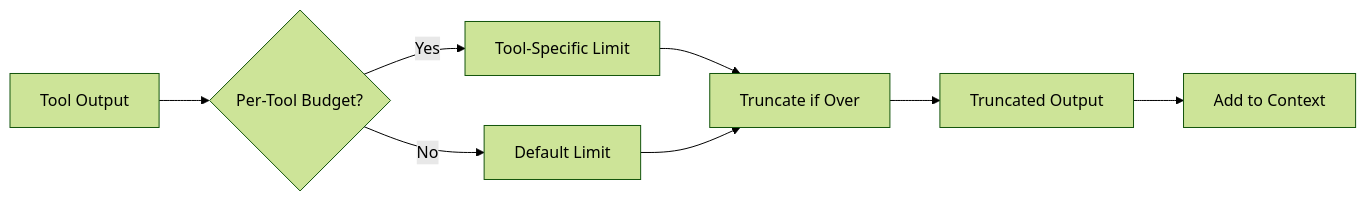
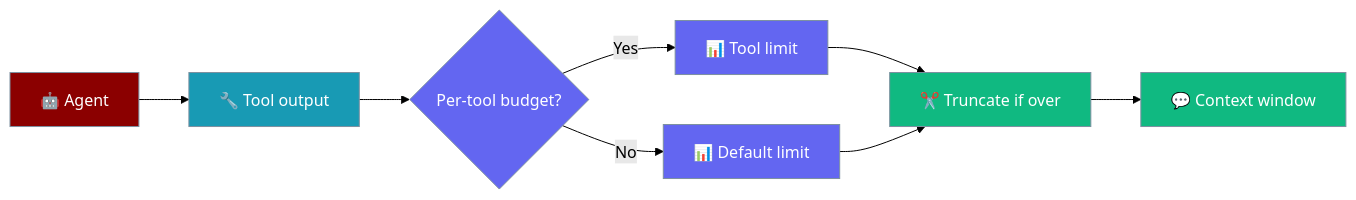
One commit to MervinPraison/PraisonAIDocs changed the first of 2 diagrams in docs/features/context-per-tool-budgets.mdx. Above: the diagram before and after it, drawn with Mermaid (forest theme). The commit also changed other lines of this file and 3 other files, not shown here.

````diff
--- a/docs/features/context-per-tool-budgets.mdx
+++ b/docs/features/context-per-tool-budgets.mdx
@@ -27,10 +9,20 @@
 ```mermaid
 graph LR
-    A[Tool Output] --> B{Per-Tool Budget?}
-    B -->|Yes| C[Tool-Specific Limit]
-    B -->|No| D[Default Limit]
-    C --> E[Truncate if Over]
-    D --> E
-    E --> F[Truncated Output]
-    F --> G[Add to Context]
+    Agent[🤖 Agent] --> Tool[🔧 Tool output]
+    Tool --> Budget{Per-tool budget?}
+    Budget -->|Yes| Limit[📊 Tool limit]
+    Budget -->|No| Default[📊 Default limit]
+    Limit --> Trunc[✂️ Truncate if over]
+    Default --> Trunc
+    Trunc --> Context[💬 Context window]
+
+    classDef agent fill:#8B0000,stroke:#7C90A0,color:#fff
+    classDef tool fill:#189AB4,stroke:#7C90A0,color:#fff
+    classDef config fill:#6366F1,stroke:#7C90A0,color:#fff
+    classDef ok fill:#10B981,stroke:#7C90A0,color:#fff
+
+    class Agent agent
+    class Tool tool
+    class Budget,Limit,Default config
+    class Trunc,Context ok
 ```
````
